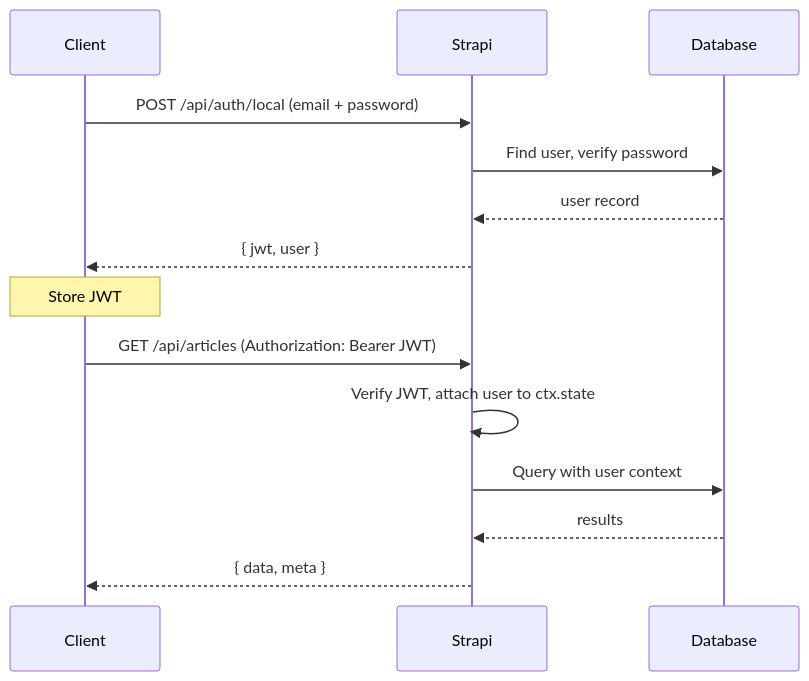
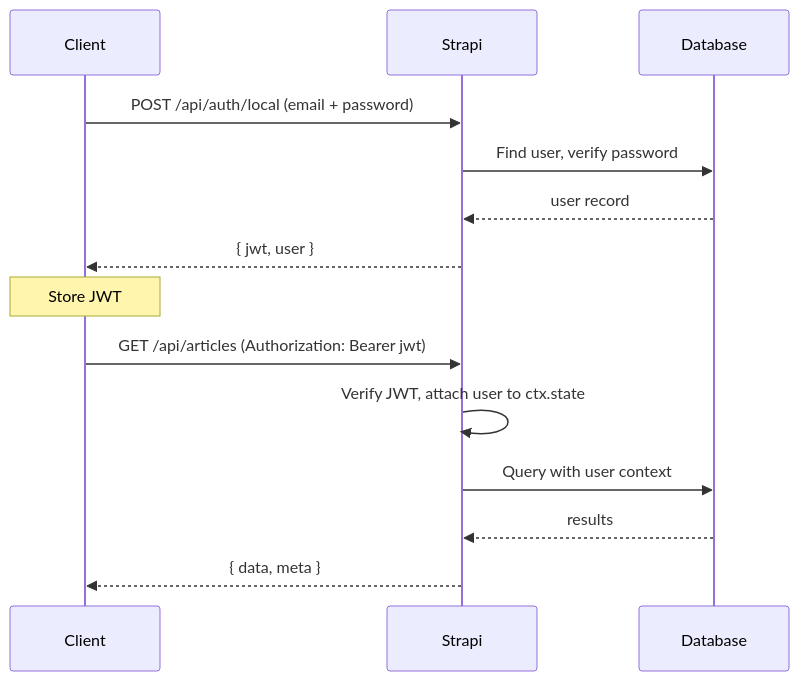
One commit to LucaNerlich/lucanerlich.com changed the diagram in docs/strapi/authentication-and-permissions.md. Above: the diagram before and after it, drawn with Mermaid. The commit also changed other lines of this file and 13 other files, not shown here.

````diff
--- a/docs/strapi/authentication-and-permissions.md
+++ b/docs/strapi/authentication-and-permissions.md
@@ -15,18 +15,18 @@
 ```mermaid
 sequenceDiagram
     participant Client
     participant Strapi
     participant Database
 
     Client->>Strapi: POST /api/auth/local (email + password)
     Strapi->>Database: Find user, verify password
     Database-->>Strapi: user record
     Strapi-->>Client: { jwt, user }
     Note over Client: Store JWT
 
-    Client->>Strapi: GET /api/articles (Authorization: Bearer JWT)
+    Client->>Strapi: GET /api/articles (Authorization: Bearer jwt)
     Strapi->>Strapi: Verify JWT, attach user to ctx.state
     Strapi->>Database: Query with user context
     Database-->>Strapi: results
     Strapi-->>Client: { data, meta }
 ```
````
